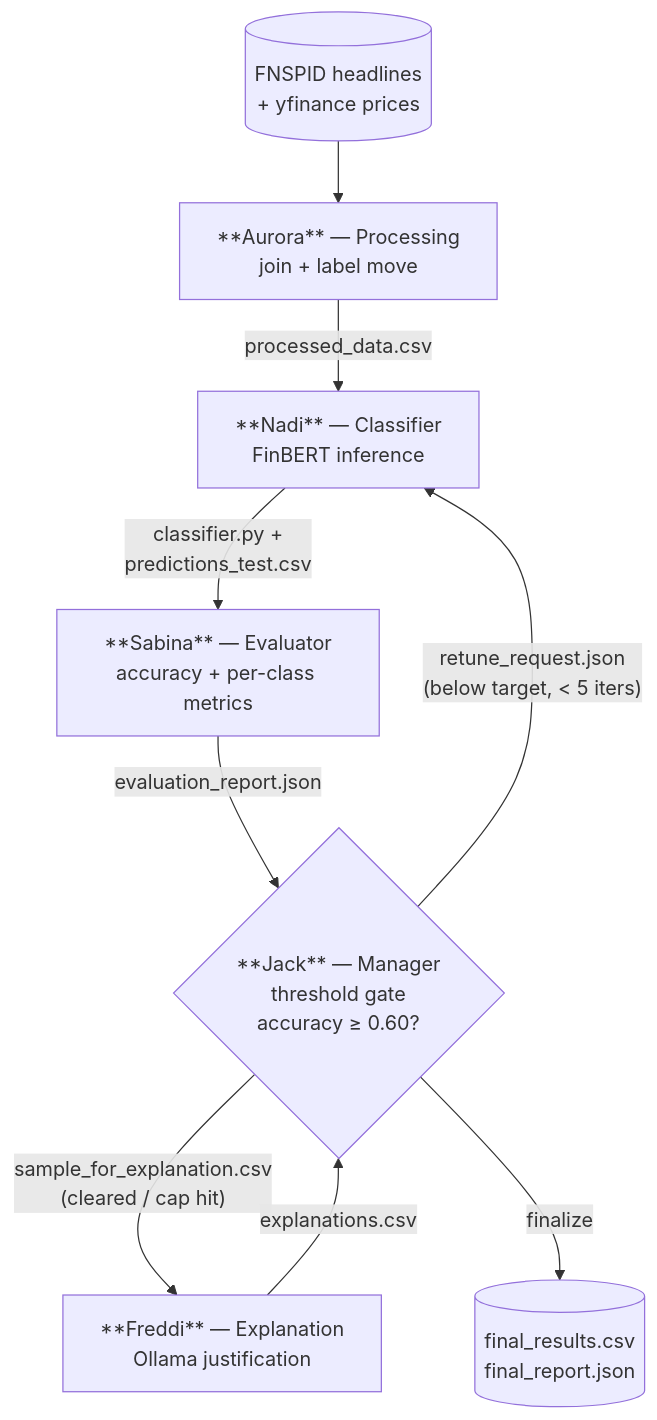
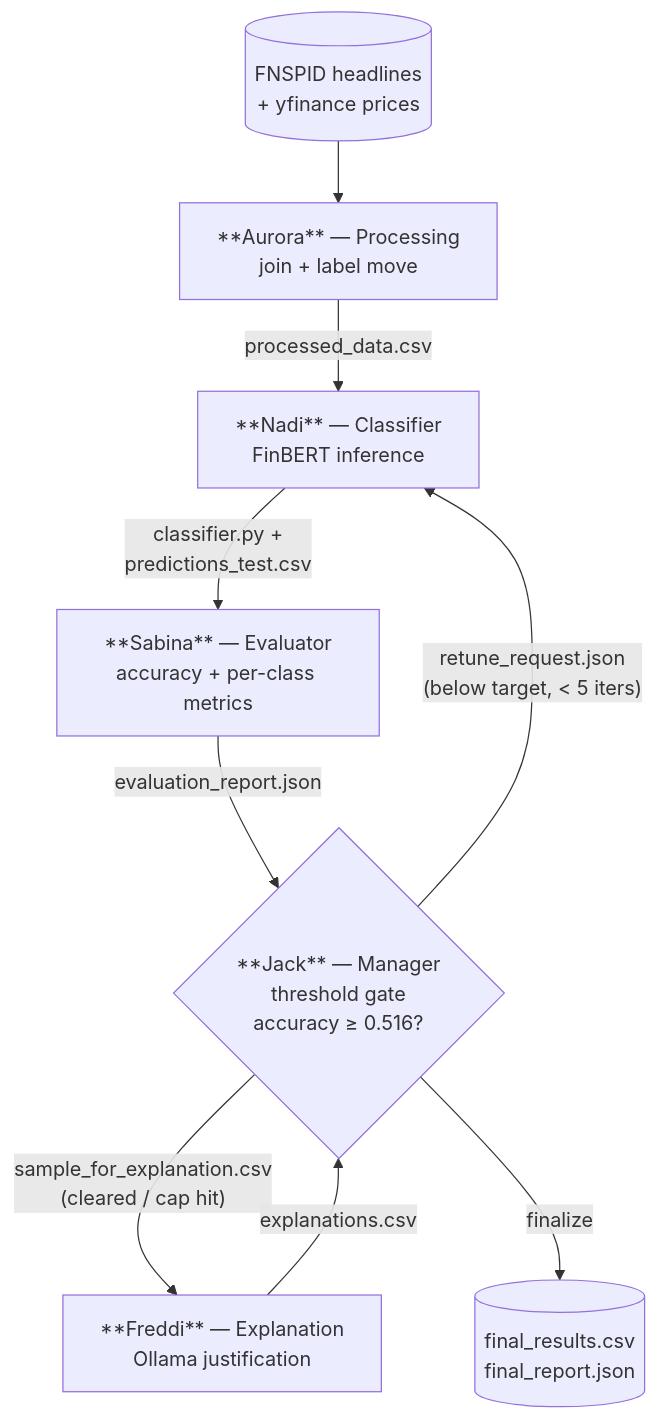
The diagram in README.md (njaltran/NLP_lab), drawn with Mermaid before and after one commit. The commit also changed other lines of this file and 13 other files, not shown here.

First line of the commit message:
Lower accuracy gate target 0.60 -> 0.516 (all-neutral baseline)

````diff
--- a/README.md
+++ b/README.md
@@ -12,19 +12,19 @@
 ```mermaid
 flowchart TD
     raw[("FNSPID headlines<br/>+ yfinance prices")] --> aurora
 
     aurora["**Aurora** — Processing<br/>join + label move"]
     nadi["**Nadi** — Classifier<br/>FinBERT inference"]
     sabina["**Sabina** — Evaluator<br/>accuracy + per-class metrics"]
-    manager{"**Jack** — Manager<br/>threshold gate<br/>accuracy ≥ 0.60?"}
+    manager{"**Jack** — Manager<br/>threshold gate<br/>accuracy ≥ 0.516?"}
     freddi["**Freddi** — Explanation<br/>Ollama justification"]
     final[("final_results.csv<br/>final_report.json")]
 
     aurora -->|processed_data.csv| nadi
     nadi -->|classifier.py +<br/>predictions_test.csv| sabina
     sabina -->|evaluation_report.json| manager
     manager -->|"retune_request.json<br/>(below target, &lt; 5 iters)"| nadi
     manager -->|"sample_for_explanation.csv<br/>(cleared / cap hit)"| freddi
     freddi -->|explanations.csv| manager
     manager -->|finalize| final
 ```
````
